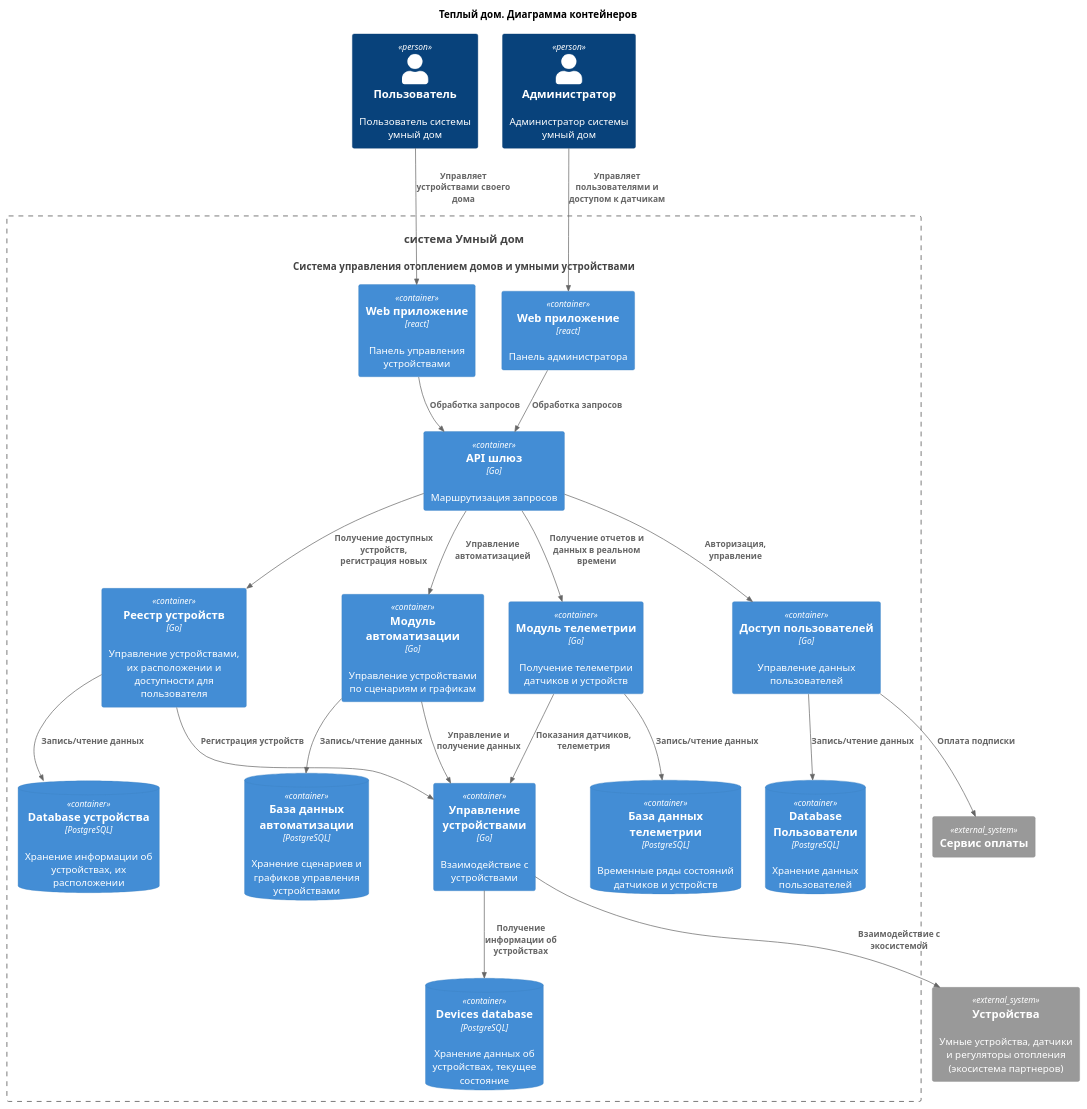
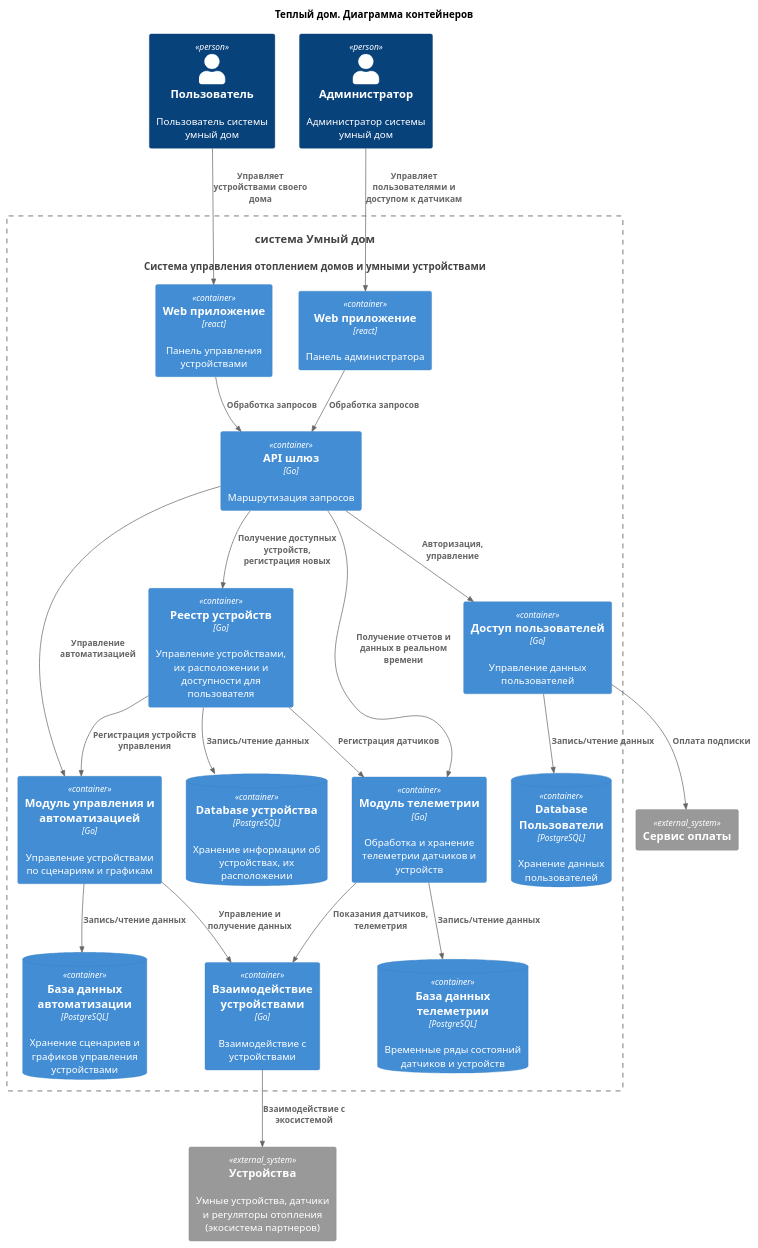
Before and after one commit to binaril/architecture-warmhouse: the diagram in diagrams/C4.Containers.puml, drawn with PlantUML. The commit also changed 2 other files, not shown here.

```diff
--- a/diagrams/C4.Containers.puml
+++ b/diagrams/C4.Containers.puml
@@ -1,52 +1,51 @@
 @startuml
 title Теплый дом. Диаграмма контейнеров
 
 top to bottom direction
 
 !includeurl https://raw.githubusercontent.com/RicardoNiepel/C4-PlantUML/master/C4_Component.puml
 
 Person(user, "Пользователь", "Пользователь системы умный дом")
 Person(admin, "Администратор", "Администратор системы умный дом")
 System(SmartHouse, "система Умный дом", "Система управления отоплением домов и умными устройствами")
 
 Container_Boundary(SmartHouse, "FitLife System") {
   Container(WebApp, "Web приложение", "react", "Панель управления устройствами")
   Container(WebAppAdmin, "Web приложение", "react", "Панель администратора")
   Container(GateWay, "API шлюз", "Go", "Маршрутизация запросов")
   Container(UserAccess, "Доступ пользователей", "Go", "Управление данных пользователей")
   ContainerDb(UserAccessDb, "Database Пользователи", "PostgreSQL", "Хранение данных пользователей")
   Container(DeviceRepository, "Реестр устройств", "Go", "Управление устройствами, их расположении и доступности для пользователя")
   ContainerDb(DeviceRepositoryDb, "Database устройства", "PostgreSQL", "Хранение информации об устройствах, их расположении")
-  Container(Automatic, "Модуль автоматизации", "Go", "Управление устройствами по сценариям и графикам")
+  Container(Automatic, "Модуль управления и автоматизацией", "Go", "Управление устройствами по сценариям и графикам")
   ContainerDb(AutomaticDb, "База данных автоматизации", "PostgreSQL", "Хранение сценариев и графиков управления устройствами")
-  Container(DeviceControl, "Управление устройствами", "Go", "Взаимодействие с устройствами")
-  Container(Telemetry, "Модуль телеметрии", "Go", "Получение телеметрии датчиков и устройств")
-  ContainerDb(DeviceDatabase, "Devices database", "PostgreSQL", "Хранение данных об устройствах, текущее состояние")
+  Container(DeviceControl, "Взаимодействие устройствами", "Go", "Взаимодействие с устройствами")
+  Container(Telemetry, "Модуль телеметрии", "Go", "Обработка и хранение телеметрии датчиков и устройств")
   ContainerDb(TelemetryDatabase, "База данных телеметрии", "PostgreSQL", "Временные ряды состояний датчиков и устройств")
 }
 
 System_Ext(PaidService, "Сервис оплаты", "")
 System_Ext(SmartDevice, "Устройства", "Умные устройства, датчики и регуляторы отопления (экосистема партнеров)")
 
 
 Rel(user, WebApp, "Управляет устройствами своего дома")
 Rel(admin, WebAppAdmin,"Управляет пользователями и доступом к датчикам")
 
 Rel(WebApp, GateWay, "Обработка запросов")
 Rel(WebAppAdmin, GateWay, "Обработка запросов")
 
 Rel(GateWay, UserAccess, "Авторизация, управление")
 Rel(UserAccess, UserAccessDb, "Запись/чтение данных")
 Rel(GateWay, Telemetry, "Получение отчетов и данных в реальном времени")
 Rel(GateWay, Automatic, "Управление автоматизацией")
 Rel(Automatic, AutomaticDb, "Запись/чтение данных")
 Rel(GateWay, DeviceRepository, "Получение доступных устройств, регистрация новых")
 Rel(DeviceRepository, DeviceRepositoryDb, "Запись/чтение данных")
-Rel(DeviceRepository, DeviceControl, "Регистрация устройств")
+Rel(DeviceRepository, Automatic, "Регистрация устройств управления")
+Rel(DeviceRepository, Telemetry, "Регистрация датчиков ")
 Rel(Automatic, DeviceControl, "Управление и получение данных")
-Rel(DeviceControl,DeviceDatabase,"Получение информации об устройствах")
 Rel(Telemetry,TelemetryDatabase,"Запись/чтение данных")
 Rel(Telemetry, DeviceControl, "Показания датчиков, телеметрия")
 Rel(DeviceControl,SmartDevice,"Взаимодействие с экосистемой")
 Rel(UserAccess, PaidService, "Оплата подписки")
 @enduml
```
